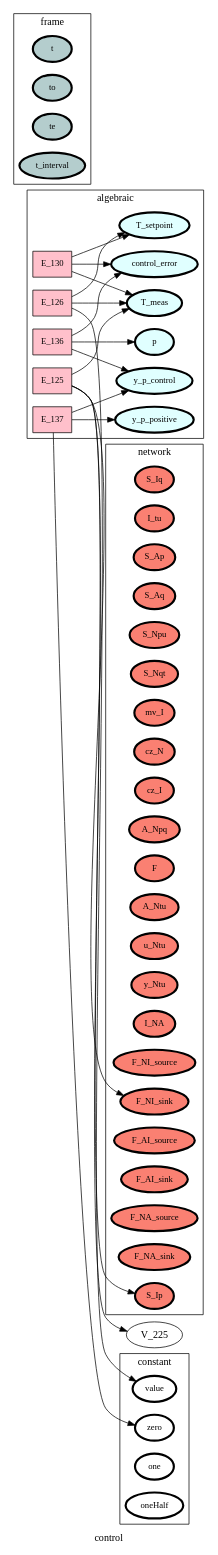
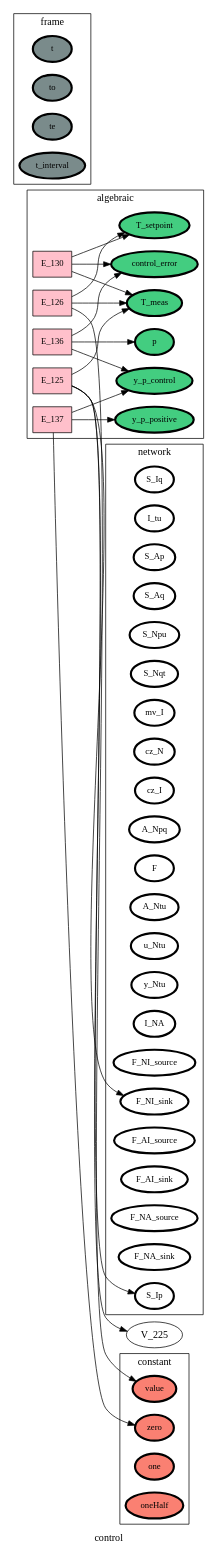
One commit to heinz-preisig/processes_000_HAP changed the diagram in ontology_graphs/graph__control.dot. Above: the diagram before and after it, drawn with Graphviz. The commit also changed 35 other files, not shown here.

```diff
--- a/ontology_graphs/graph__control.dot
+++ b/ontology_graphs/graph__control.dot
@@ -1,106 +1,106 @@
 digraph control {
 label=control;
 rankdir=LR;
 subgraph cluster_control___dataFlow {
 label=dataFlow;
 rankdir=LR;
 }
 
 subgraph cluster_control___input {
 label=input;
 rankdir=LR;
 }
 
 subgraph cluster_control___output {
 label=output;
 rankdir=LR;
 }
 
 subgraph cluster_control___network {
 label=network;
 rankdir=LR;
-V_10 [fillcolor=salmon, fontsize=12, label=S_Iq, penwidth=3, style=filled];
-V_11 [fillcolor=salmon, fontsize=12, label=I_tu, penwidth=3, style=filled];
-V_12 [fillcolor=salmon, fontsize=12, label=S_Ap, penwidth=3, style=filled];
-V_13 [fillcolor=salmon, fontsize=12, label=S_Aq, penwidth=3, style=filled];
-V_14 [fillcolor=salmon, fontsize=12, label=S_Npu, penwidth=3, style=filled];
-V_15 [fillcolor=salmon, fontsize=12, label=S_Nqt, penwidth=3, style=filled];
-V_16 [fillcolor=salmon, fontsize=12, label=mv_I, penwidth=3, style=filled];
-V_17 [fillcolor=salmon, fontsize=12, label=cz_N, penwidth=3, style=filled];
-V_18 [fillcolor=salmon, fontsize=12, label=cz_I, penwidth=3, style=filled];
-V_19 [fillcolor=salmon, fontsize=12, label=A_Npq, penwidth=3, style=filled];
-V_2 [fillcolor=salmon, fontsize=12, label=F, penwidth=3, style=filled];
-V_20 [fillcolor=salmon, fontsize=12, label=A_Ntu, penwidth=3, style=filled];
-V_21 [fillcolor=salmon, fontsize=12, label=u_Ntu, penwidth=3, style=filled];
-V_22 [fillcolor=salmon, fontsize=12, label=y_Ntu, penwidth=3, style=filled];
-V_27 [fillcolor=salmon, fontsize=12, label=I_NA, penwidth=3, style=filled];
-V_3 [fillcolor=salmon, fontsize=12, label=F_NI_source, penwidth=3, style=filled];
-V_4 [fillcolor=salmon, fontsize=12, label=F_NI_sink, penwidth=3, style=filled];
-V_5 [fillcolor=salmon, fontsize=12, label=F_AI_source, penwidth=3, style=filled];
-V_6 [fillcolor=salmon, fontsize=12, label=F_AI_sink, penwidth=3, style=filled];
-V_7 [fillcolor=salmon, fontsize=12, label=F_NA_source, penwidth=3, style=filled];
-V_8 [fillcolor=salmon, fontsize=12, label=F_NA_sink, penwidth=3, style=filled];
-V_9 [fillcolor=salmon, fontsize=12, label=S_Ip, penwidth=3, style=filled];
+V_10 [fillcolor=white, fontsize=12, label=S_Iq, penwidth=3, style=filled];
+V_11 [fillcolor=white, fontsize=12, label=I_tu, penwidth=3, style=filled];
+V_12 [fillcolor=white, fontsize=12, label=S_Ap, penwidth=3, style=filled];
+V_13 [fillcolor=white, fontsize=12, label=S_Aq, penwidth=3, style=filled];
+V_14 [fillcolor=white, fontsize=12, label=S_Npu, penwidth=3, style=filled];
+V_15 [fillcolor=white, fontsize=12, label=S_Nqt, penwidth=3, style=filled];
+V_16 [fillcolor=white, fontsize=12, label=mv_I, penwidth=3, style=filled];
+V_17 [fillcolor=white, fontsize=12, label=cz_N, penwidth=3, style=filled];
+V_18 [fillcolor=white, fontsize=12, label=cz_I, penwidth=3, style=filled];
+V_19 [fillcolor=white, fontsize=12, label=A_Npq, penwidth=3, style=filled];
+V_2 [fillcolor=white, fontsize=12, label=F, penwidth=3, style=filled];
+V_20 [fillcolor=white, fontsize=12, label=A_Ntu, penwidth=3, style=filled];
+V_21 [fillcolor=white, fontsize=12, label=u_Ntu, penwidth=3, style=filled];
+V_22 [fillcolor=white, fontsize=12, label=y_Ntu, penwidth=3, style=filled];
+V_27 [fillcolor=white, fontsize=12, label=I_NA, penwidth=3, style=filled];
+V_3 [fillcolor=white, fontsize=12, label=F_NI_source, penwidth=3, style=filled];
+V_4 [fillcolor=white, fontsize=12, label=F_NI_sink, penwidth=3, style=filled];
+V_5 [fillcolor=white, fontsize=12, label=F_AI_source, penwidth=3, style=filled];
+V_6 [fillcolor=white, fontsize=12, label=F_AI_sink, penwidth=3, style=filled];
+V_7 [fillcolor=white, fontsize=12, label=F_NA_source, penwidth=3, style=filled];
+V_8 [fillcolor=white, fontsize=12, label=F_NA_sink, penwidth=3, style=filled];
+V_9 [fillcolor=white, fontsize=12, label=S_Ip, penwidth=3, style=filled];
 }
 
 subgraph cluster_control___frame {
 label=frame;
 rankdir=LR;
-V_1 [fillcolor=lightcyan3, fontsize=12, label=t, penwidth=3, style=filled];
-V_105 [fillcolor=lightcyan3, fontsize=12, label=to, penwidth=3, style=filled];
-V_106 [fillcolor=lightcyan3, fontsize=12, label=te, penwidth=3, style=filled];
-V_107 [fillcolor=lightcyan3, fontsize=12, label=t_interval, penwidth=3, style=filled];
+V_1 [fillcolor=lightcyan4, fontsize=12, label=t, penwidth=3, style=filled];
+V_105 [fillcolor=lightcyan4, fontsize=12, label=to, penwidth=3, style=filled];
+V_106 [fillcolor=lightcyan4, fontsize=12, label=te, penwidth=3, style=filled];
+V_107 [fillcolor=lightcyan4, fontsize=12, label=t_interval, penwidth=3, style=filled];
 }
 
 subgraph cluster_control___state {
 label=state;
 rankdir=LR;
 }
 
 subgraph cluster_control___constant {
 label=constant;
 rankdir=LR;
-V_101 [fillcolor=white, fontsize=12, label=value, penwidth=3, style=filled];
-V_102 [fillcolor=white, fontsize=12, label=zero, penwidth=3, style=filled];
-V_103 [fillcolor=white, fontsize=12, label=one, penwidth=3, style=filled];
-V_104 [fillcolor=white, fontsize=12, label=oneHalf, penwidth=3, style=filled];
+V_101 [fillcolor=salmon, fontsize=12, label=value, penwidth=3, style=filled];
+V_102 [fillcolor=salmon, fontsize=12, label=zero, penwidth=3, style=filled];
+V_103 [fillcolor=salmon, fontsize=12, label=one, penwidth=3, style=filled];
+V_104 [fillcolor=salmon, fontsize=12, label=oneHalf, penwidth=3, style=filled];
 }
 
 subgraph cluster_control___diffState {
 label=diffState;
 rankdir=LR;
 }
 
 E_125 -> V_225  [splines=ortho];
 E_125 -> V_4  [splines=ortho];
 E_125 -> V_9  [splines=ortho];
 E_126 -> V_101  [splines=ortho];
 E_126 -> V_226  [splines=ortho];
 E_130 -> V_226  [splines=ortho];
 E_130 -> V_227  [splines=ortho];
 E_136 -> V_231  [splines=ortho];
 E_136 -> V_237  [splines=ortho];
 E_137 -> V_102  [splines=ortho];
 E_137 -> V_238  [splines=ortho];
 subgraph cluster_control___algebraic {
 label=algebraic;
 rankdir=LR;
-V_226 [fillcolor=lightcyan, fontsize=12, label=T_meas, penwidth=3, style=filled];
-V_227 [fillcolor=lightcyan, fontsize=12, label=T_setpoint, penwidth=3, style=filled];
-V_231 [fillcolor=lightcyan, fontsize=12, label=control_error, penwidth=3, style=filled];
-V_237 [fillcolor=lightcyan, fontsize=12, label=p, penwidth=3, style=filled];
-V_238 [fillcolor=lightcyan, fontsize=12, label=y_p_control, penwidth=3, style=filled];
-V_239 [fillcolor=lightcyan, fontsize=12, label=y_p_positive, penwidth=3, style=filled];
+V_226 [fillcolor=seagreen3, fontsize=12, label=T_meas, penwidth=3, style=filled];
+V_227 [fillcolor=seagreen3, fontsize=12, label=T_setpoint, penwidth=3, style=filled];
+V_231 [fillcolor=seagreen3, fontsize=12, label=control_error, penwidth=3, style=filled];
+V_237 [fillcolor=seagreen3, fontsize=12, label=p, penwidth=3, style=filled];
+V_238 [fillcolor=seagreen3, fontsize=12, label=y_p_control, penwidth=3, style=filled];
+V_239 [fillcolor=seagreen3, fontsize=12, label=y_p_positive, penwidth=3, style=filled];
 E_125 [fillcolor=pink, fontsize=12, shape=box, style=filled];
 E_125 -> V_226  [splines=ortho];
 E_126 [fillcolor=pink, fontsize=12, shape=box, style=filled];
 E_126 -> V_227  [splines=ortho];
 E_130 [fillcolor=pink, fontsize=12, shape=box, style=filled];
 E_130 -> V_231  [splines=ortho];
 E_136 [fillcolor=pink, fontsize=12, shape=box, style=filled];
 E_136 -> V_238  [splines=ortho];
 E_137 [fillcolor=pink, fontsize=12, shape=box, style=filled];
 E_137 -> V_239  [splines=ortho];
 }
 
 }
```
